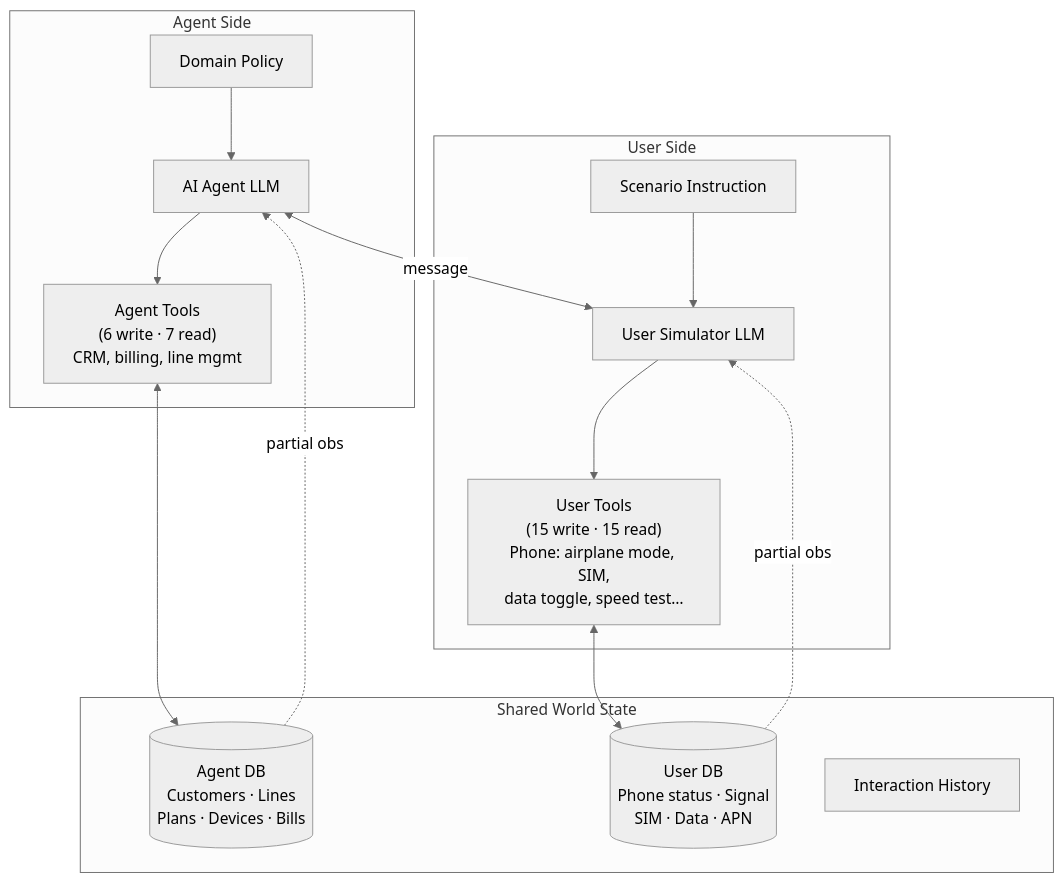
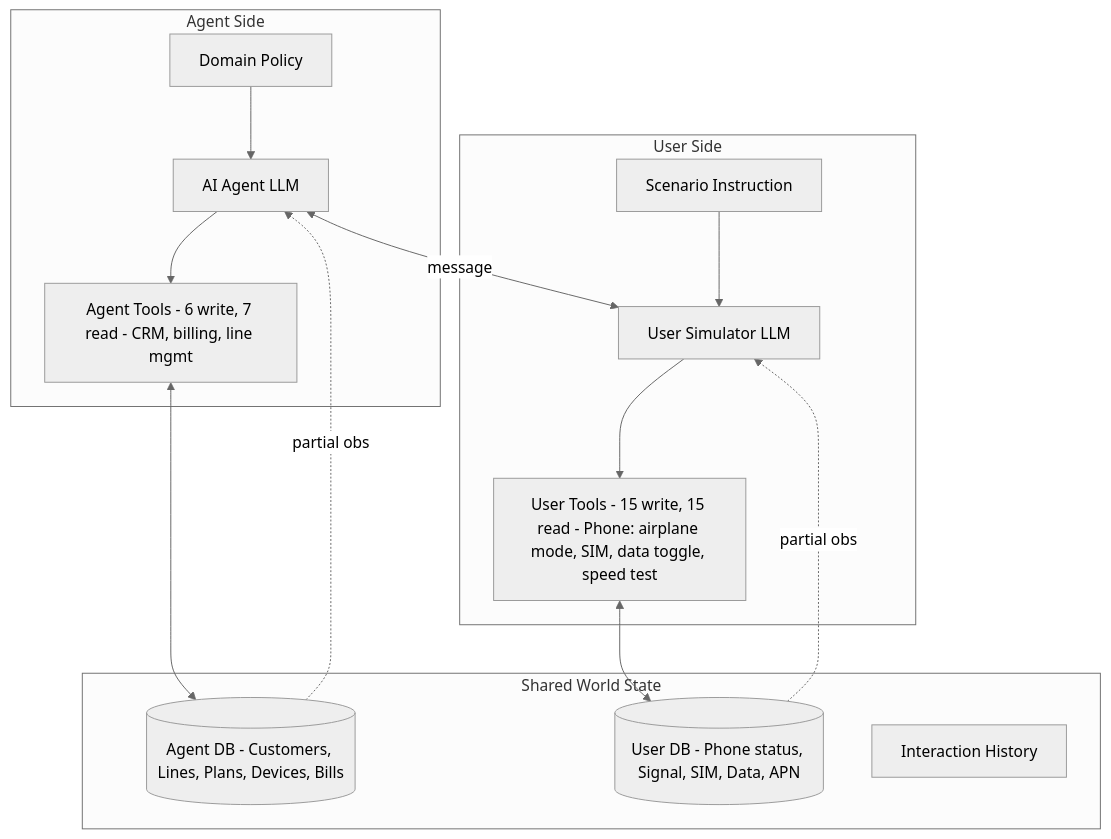
One commit to zhongzhouTan-coder/zhongzhouTan-coder.github.io changed the second of 5 diagrams in docs/layer_0/tau2-bench-mechanism.md. Above: the diagram before and after it, drawn with Mermaid (neutral theme). The commit also changed other lines of this file and 8 other files, not shown here.

````diff
--- a/docs/layer_0/tau2-bench-mechanism.md
+++ b/docs/layer_0/tau2-bench-mechanism.md
@@ -61,24 +61,24 @@
 ```mermaid
 graph TB
-    subgraph Agent Side
+    subgraph AgentSide["Agent Side"]
         AP[Domain Policy] --> AG[AI Agent LLM]
-        AG --> AT["Agent Tools\n(6 write · 7 read)\nCRM, billing, line mgmt"]
+        AG --> AT["Agent Tools - 6 write, 7 read - CRM, billing, line mgmt"]
     end
 
-    subgraph User Side
+    subgraph UserSide["User Side"]
         SI[Scenario Instruction] --> US[User Simulator LLM]
-        US --> UT["User Tools\n(15 write · 15 read)\nPhone: airplane mode, SIM,\ndata toggle, speed test…"]
+        US --> UT["User Tools - 15 write, 15 read - Phone: airplane mode, SIM, data toggle, speed test"]
     end
 
-    subgraph Shared World State
-        ADB[(Agent DB\nCustomers · Lines\nPlans · Devices · Bills)]
-        UDB[(User DB\nPhone status · Signal\nSIM · Data · APN)]
+    subgraph SharedWorld["Shared World State"]
+        ADB[(Agent DB - Customers, Lines, Plans, Devices, Bills)]
+        UDB[(User DB - Phone status, Signal, SIM, Data, APN)]
         HIS[Interaction History]
     end
 
     AT <--> ADB
     UT <--> UDB
     AG <-->|message| US
     ADB -.->|partial obs| AG
     UDB -.->|partial obs| US
 ```
````
